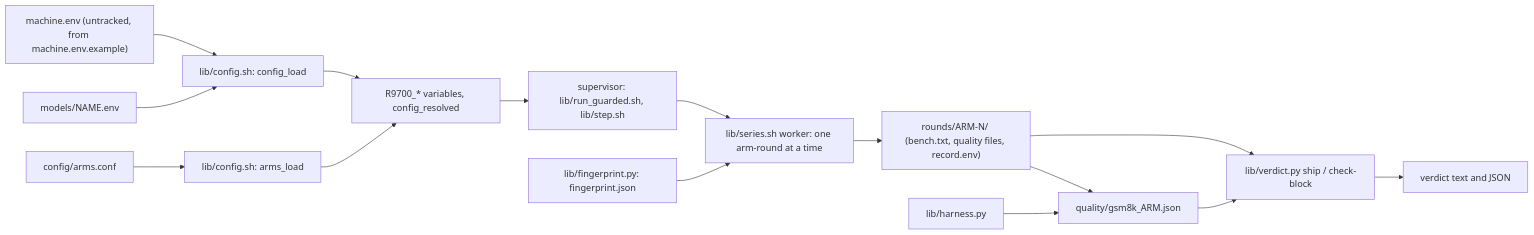
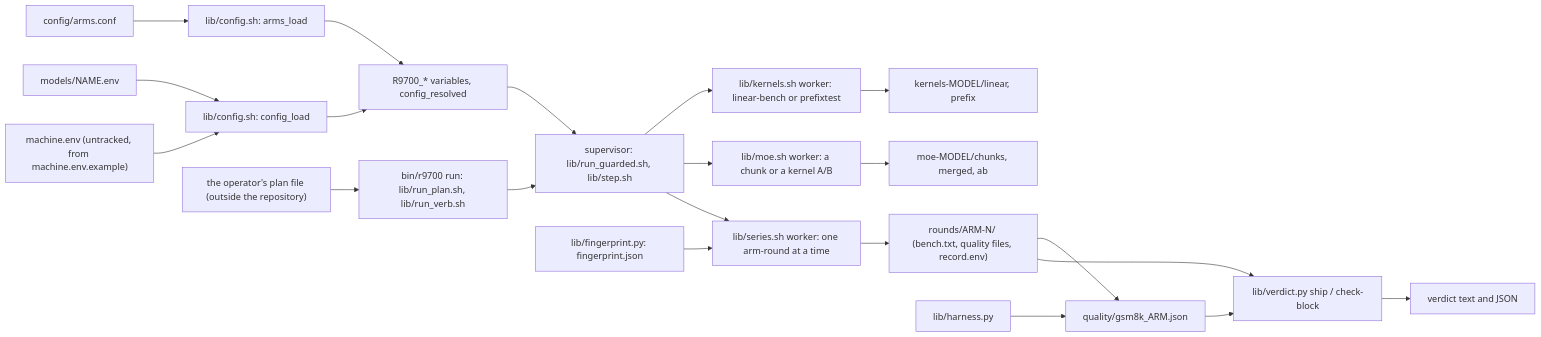
Before and after one commit to oleksandrdubyna88/dew_flow_amd_r9700_tuning_ai: the sixth of 6 diagrams in research/architecture.md, drawn with Mermaid. The commit also changed other lines of this file and 57 other files, not shown here.

First line of the commit message:
feat: E3 — kernels, prefix check, the unattended run driver, publication (#6)

````diff
--- a/research/architecture.md
+++ b/research/architecture.md
@@ -217,17 +320,23 @@
 ```mermaid
 flowchart LR
   ME["machine.env (untracked, from machine.env.example)"] --> LOAD["lib/config.sh: config_load"]
   MD["models/NAME.env"] --> LOAD
   ARMS["config/arms.conf"] --> ARMLOAD["lib/config.sh: arms_load"]
   LOAD --> RES["R9700_* variables, config_resolved"]
   ARMLOAD --> RES
+  PLAN["the operator's plan file (outside the repository)"] --> RUN["bin/r9700 run: lib/run_plan.sh, lib/run_verb.sh"]
   RES --> SUP["supervisor: lib/run_guarded.sh, lib/step.sh"]
+  RUN --> SUP
   SUP --> SER["lib/series.sh worker: one arm-round at a time"]
+  SUP --> MOE["lib/moe.sh worker: a chunk or a kernel A/B"]
+  SUP --> KER["lib/kernels.sh worker: linear-bench or prefixtest"]
   SER --> REC["rounds/ARM-N/ (bench.txt, quality files, record.env)"]
+  MOE --> MREC["moe-MODEL/chunks, merged, ab"]
+  KER --> KREC["kernels-MODEL/linear, prefix"]
   FP["lib/fingerprint.py: fingerprint.json"] --> SER
   REC --> VER["lib/verdict.py ship / check-block"]
   HAR["lib/harness.py"] --> QUAL["quality/gsm8k_ARM.json"]
   REC --> QUAL
   QUAL --> VER
   VER --> OUT["verdict text and JSON"]
 ```
````
